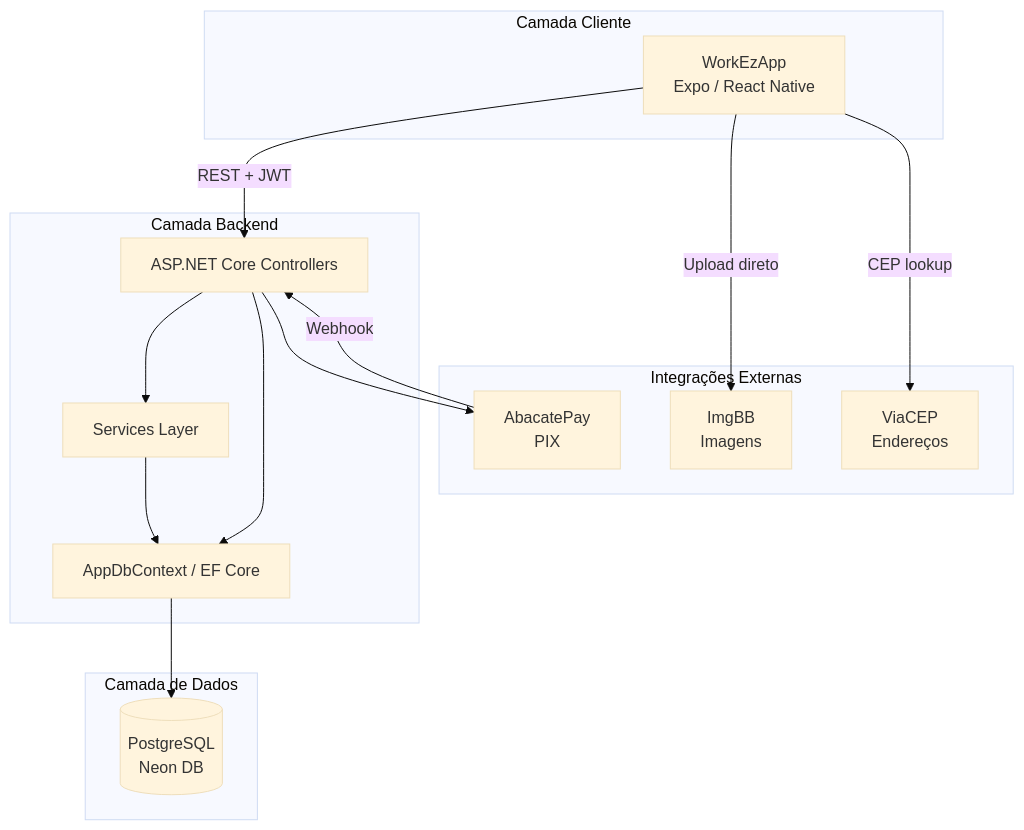
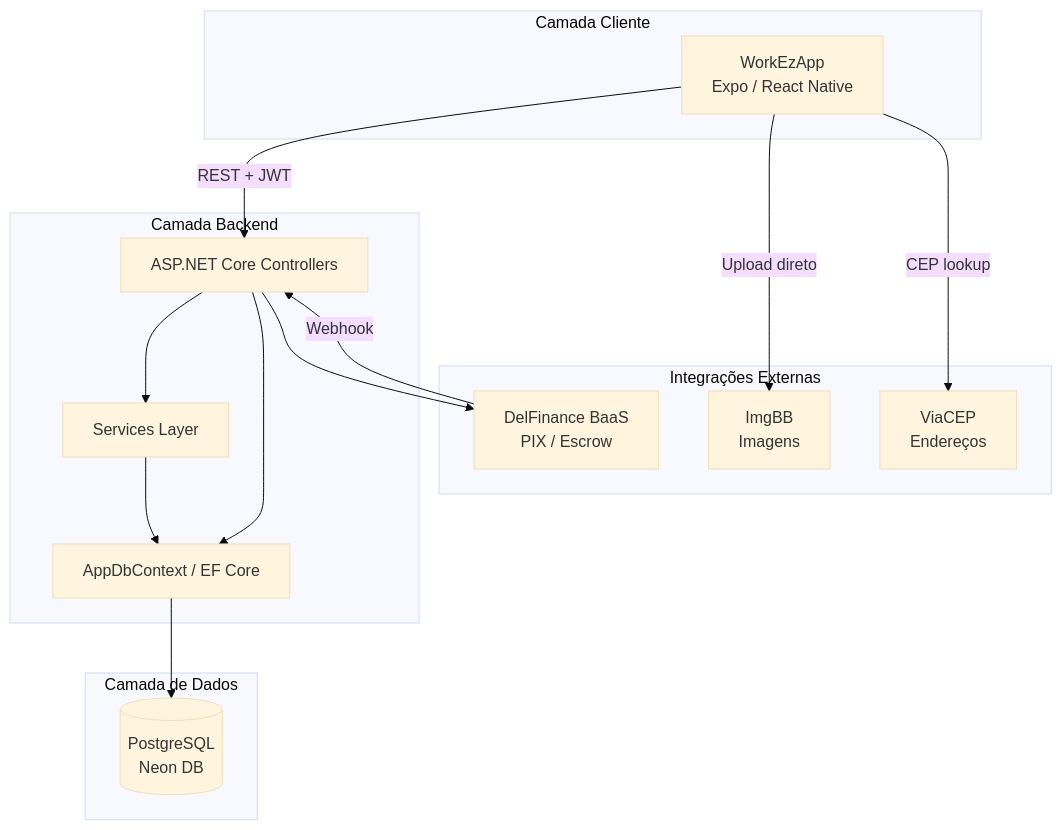
The second of 10 diagrams in DOCUMENTACAO_TECNICA.md (fatec-university-projects/WorkEz), drawn with Mermaid (base theme) before and after one commit. The commit also changed other lines of this file and 9 other files, not shown here.

Commit message:
feat: add client payment methods and escrow pix checkout screens with delfinance integration

````diff
--- a/DOCUMENTACAO_TECNICA.md
+++ b/DOCUMENTACAO_TECNICA.md
@@ -150,32 +150,32 @@
 ```mermaid
 graph TD
     subgraph Cliente["Camada Cliente"]
         A[WorkEzApp<br/>Expo / React Native]
     end
 
     subgraph Backend["Camada Backend"]
         B[ASP.NET Core Controllers]
         C[Services Layer]
         D[AppDbContext / EF Core]
     end
 
     subgraph Dados["Camada de Dados"]
         E[(PostgreSQL<br/>Neon DB)]
     end
 
     subgraph Externos["Integrações Externas"]
-        F[AbacatePay<br/>PIX]
+        F[DelFinance BaaS<br/>PIX / Escrow]
         G[ImgBB<br/>Imagens]
         H[ViaCEP<br/>Endereços]
     end
 
     A -->|REST + JWT| B
     A -->|Upload direto| G
     A -->|CEP lookup| H
     B --> C
     B --> D
     C --> D
     D --> E
     B --> F
     F -->|Webhook| B
 ```
````
